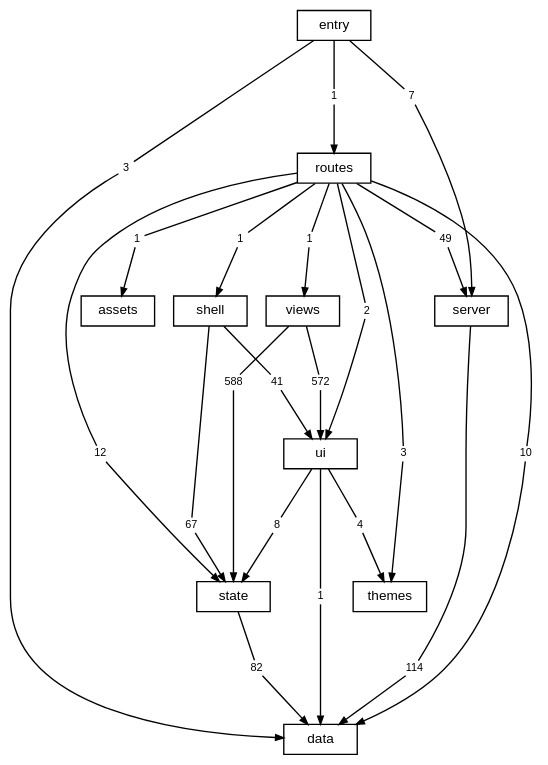
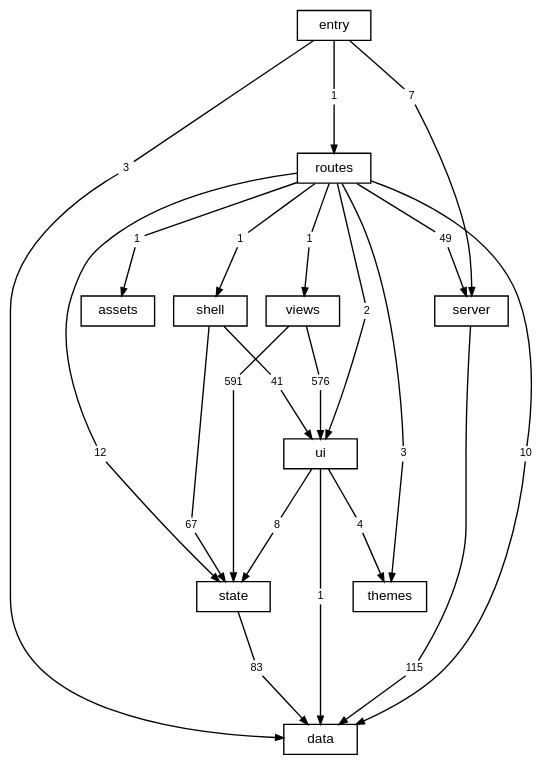
Before and after one commit to TheAxeC/oculus: the diagram in docs/diagrams/layers.dot, drawn with Graphviz. The commit also changed 92 other files, not shown here.

```diff
--- a/docs/diagrams/layers.dot
+++ b/docs/diagrams/layers.dot
@@ -1,75 +1,75 @@
 digraph layers {
     graph [bgcolor="transparent", rankdir=TB, newrank=true, fontname="Helvetica,Arial,sans-serif", fontsize=12, nodesep=0.2, ranksep=0.5];
     node [shape=box, color="black", fontcolor="black", fontname="Helvetica,Arial,sans-serif", fontsize=10, height=0.3, margin="0.12,0.04"];
     edge [color="black", fontcolor="black", fontname="Helvetica,Arial,sans-serif", fontsize=8, arrowsize=0.6];
     "data";
     "server";
     "state";
     "ui";
     "shell";
     "views";
     "themes";
     "routes";
     "src" [label="entry"];
     "files: assets" [label="assets"];
     "routes to data" [label="10", shape=box, color="transparent", fontsize=8, width=0, height=0, margin="0.04,0.02"];
     "routes" -> "routes to data" [arrowhead=none];
     "routes to data" -> "data" [];
     "routes to files: assets" [label="1", shape=box, color="transparent", fontsize=8, width=0, height=0, margin="0.04,0.02"];
     "routes" -> "routes to files: assets" [arrowhead=none];
     "routes to files: assets" -> "files: assets" [];
     "routes to server" [label="49", shape=box, color="transparent", fontsize=8, width=0, height=0, margin="0.04,0.02"];
     "routes" -> "routes to server" [arrowhead=none];
     "routes to server" -> "server" [];
     "routes to shell" [label="1", shape=box, color="transparent", fontsize=8, width=0, height=0, margin="0.04,0.02"];
     "routes" -> "routes to shell" [arrowhead=none];
     "routes to shell" -> "shell" [];
     "routes to state" [label="12", shape=box, color="transparent", fontsize=8, width=0, height=0, margin="0.04,0.02"];
     "routes" -> "routes to state" [arrowhead=none];
     "routes to state" -> "state" [];
     "routes to themes" [label="3", shape=box, color="transparent", fontsize=8, width=0, height=0, margin="0.04,0.02"];
     "routes" -> "routes to themes" [arrowhead=none];
     "routes to themes" -> "themes" [];
     "routes to ui" [label="2", shape=box, color="transparent", fontsize=8, width=0, height=0, margin="0.04,0.02"];
     "routes" -> "routes to ui" [arrowhead=none];
     "routes to ui" -> "ui" [];
     "routes to views" [label="1", shape=box, color="transparent", fontsize=8, width=0, height=0, margin="0.04,0.02"];
     "routes" -> "routes to views" [arrowhead=none];
     "routes to views" -> "views" [];
-    "server to data" [label="114", shape=box, color="transparent", fontsize=8, width=0, height=0, margin="0.04,0.02"];
+    "server to data" [label="115", shape=box, color="transparent", fontsize=8, width=0, height=0, margin="0.04,0.02"];
     "server" -> "server to data" [arrowhead=none];
     "server to data" -> "data" [];
     "shell to state" [label="67", shape=box, color="transparent", fontsize=8, width=0, height=0, margin="0.04,0.02"];
     "shell" -> "shell to state" [arrowhead=none];
     "shell to state" -> "state" [];
     "shell to ui" [label="41", shape=box, color="transparent", fontsize=8, width=0, height=0, margin="0.04,0.02"];
     "shell" -> "shell to ui" [arrowhead=none];
     "shell to ui" -> "ui" [];
     "src to data" [label="3", shape=box, color="transparent", fontsize=8, width=0, height=0, margin="0.04,0.02"];
     "src" -> "src to data" [arrowhead=none];
     "src to data" -> "data" [];
     "src to routes" [label="1", shape=box, color="transparent", fontsize=8, width=0, height=0, margin="0.04,0.02"];
     "src" -> "src to routes" [arrowhead=none];
     "src to routes" -> "routes" [];
     "src to server" [label="7", shape=box, color="transparent", fontsize=8, width=0, height=0, margin="0.04,0.02"];
     "src" -> "src to server" [arrowhead=none];
     "src to server" -> "server" [];
-    "state to data" [label="82", shape=box, color="transparent", fontsize=8, width=0, height=0, margin="0.04,0.02"];
+    "state to data" [label="83", shape=box, color="transparent", fontsize=8, width=0, height=0, margin="0.04,0.02"];
     "state" -> "state to data" [arrowhead=none];
     "state to data" -> "data" [];
     "ui to data" [label="1", shape=box, color="transparent", fontsize=8, width=0, height=0, margin="0.04,0.02"];
     "ui" -> "ui to data" [arrowhead=none];
     "ui to data" -> "data" [];
     "ui to state" [label="8", shape=box, color="transparent", fontsize=8, width=0, height=0, margin="0.04,0.02"];
     "ui" -> "ui to state" [arrowhead=none];
     "ui to state" -> "state" [];
     "ui to themes" [label="4", shape=box, color="transparent", fontsize=8, width=0, height=0, margin="0.04,0.02"];
     "ui" -> "ui to themes" [arrowhead=none];
     "ui to themes" -> "themes" [];
-    "views to state" [label="588", shape=box, color="transparent", fontsize=8, width=0, height=0, margin="0.04,0.02"];
+    "views to state" [label="591", shape=box, color="transparent", fontsize=8, width=0, height=0, margin="0.04,0.02"];
     "views" -> "views to state" [arrowhead=none];
     "views to state" -> "state" [];
-    "views to ui" [label="572", shape=box, color="transparent", fontsize=8, width=0, height=0, margin="0.04,0.02"];
+    "views to ui" [label="576", shape=box, color="transparent", fontsize=8, width=0, height=0, margin="0.04,0.02"];
     "views" -> "views to ui" [arrowhead=none];
     "views to ui" -> "ui" [];
 }
```
